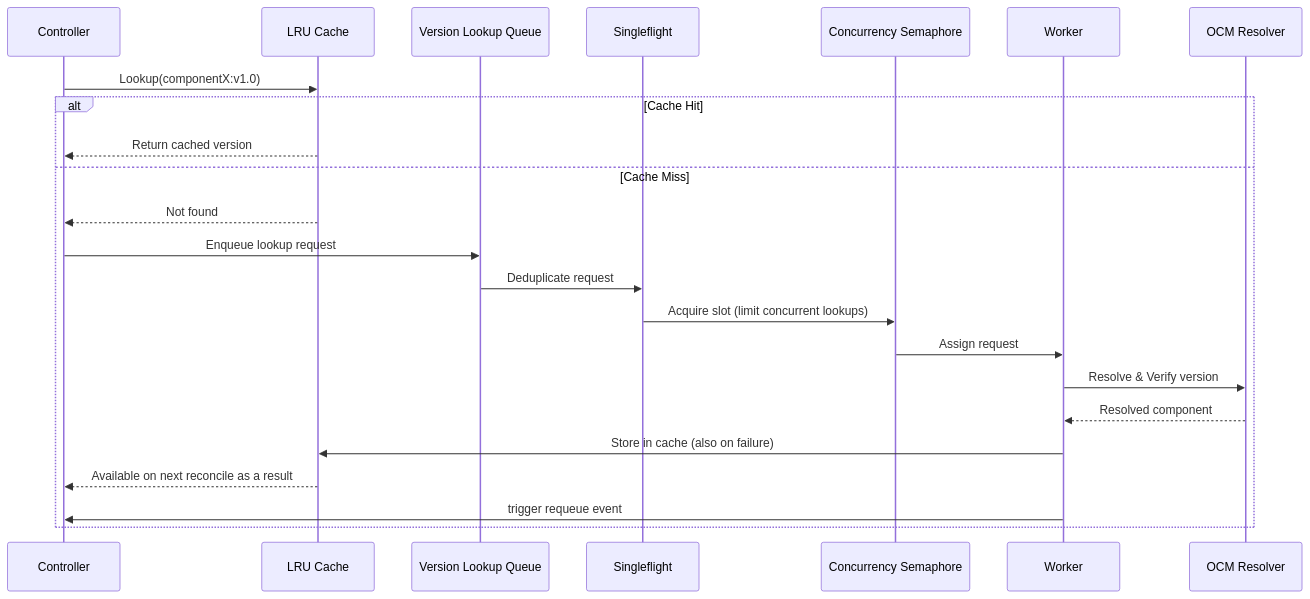
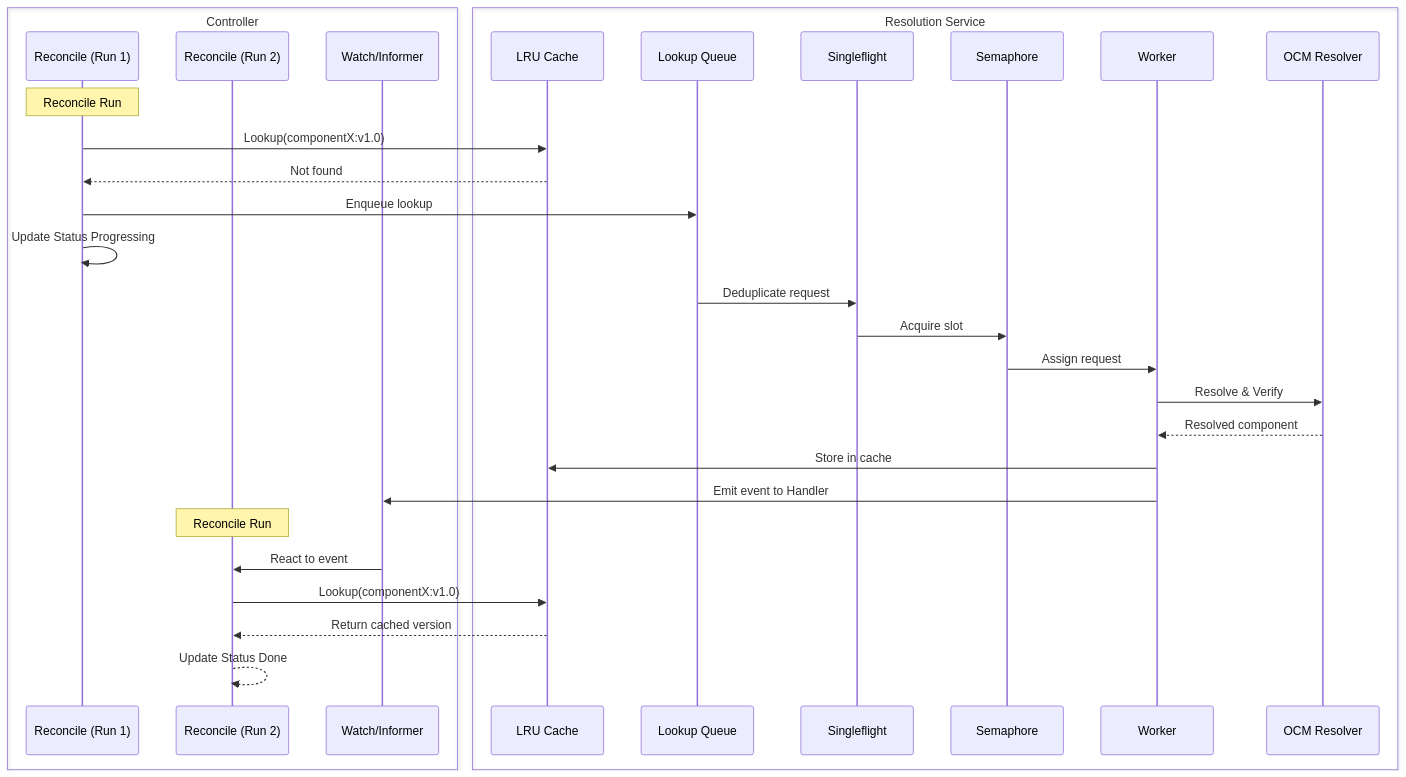
Before and after one commit to open-component-model/open-component-model: the second of 2 diagrams in docs/adr/0009_controller_v2_lib_migration.md, drawn with Mermaid. The commit also changed other lines of this file, not shown here.

Commit message:
docs(migration): update resource controller implementation details and sequence diagram for v2 library

````diff
--- a/docs/adr/0009_controller_v2_lib_migration.md
+++ b/docs/adr/0009_controller_v2_lib_migration.md
@@ -202,26 +204,36 @@
 ```mermaid
 sequenceDiagram
-    participant RepoCtrl as Controller
-    participant Cache as LRU Cache
-    participant Queue as Version Lookup Queue
-    participant SF as Singleflight
-    participant SEM as Concurrency Semaphore
-    participant Worker as Worker
-    participant Resolver as OCM Resolver
+    box Controller
+        participant RepoCtrl1 as Reconcile (Run 1)
+        participant RepoCtrl2 as Reconcile (Run 2)
+        participant Watch as Watch/Informer
+    end
 
-    RepoCtrl->>Cache: Lookup(componentX:v1.0)
-    alt Cache Hit
-        Cache-->>RepoCtrl: Return cached version
-    else Cache Miss
-        Cache-->>RepoCtrl: Not found
-        RepoCtrl->>Queue: Enqueue lookup request
-        Queue->>SF: Deduplicate request
-        SF->>SEM: Acquire slot (limit concurrent lookups)
-        SEM->>Worker: Assign request
-        Worker->>Resolver: Resolve & Verify version
-        Resolver-->>Worker: Resolved component
-        Worker->>Cache: Store in cache (also on failure)
-        Cache-->>RepoCtrl: Available on next reconcile as a result
-        Worker->>RepoCtrl: trigger requeue event
+    box Resolution Service
+        participant Cache as LRU Cache
+        participant Queue as Lookup Queue
+        participant SF as Singleflight
+        participant SEM as Semaphore
+        participant Worker as Worker
+        participant Resolver as OCM Resolver
     end
+
+    Note over RepoCtrl1: Reconcile Run #1<br/>(cache miss)
+    RepoCtrl1->>Cache: Lookup(componentX:v1.0)
+    Cache-->>RepoCtrl1: Not found
+    RepoCtrl1->>Queue: Enqueue lookup
+    RepoCtrl1->>RepoCtrl1: Update Status Progressing
+    Queue->>SF: Deduplicate request
+    SF->>SEM: Acquire slot
+    SEM->>Worker: Assign request
+    Worker->>Resolver: Resolve & Verify
+    Resolver-->>Worker: Resolved component
+    Worker->>Cache: Store in cache
+    Worker->>Watch: Emit event to Handler
+
+    Note over RepoCtrl2: Reconcile Run #2<br/>(cache hit, after event)
+    Watch->>RepoCtrl2: React to event
+    RepoCtrl2->>Cache: Lookup(componentX:v1.0)
+    Cache-->>RepoCtrl2: Return cached version
+    RepoCtrl2-->>RepoCtrl2: Update Status Done
 ```
````
